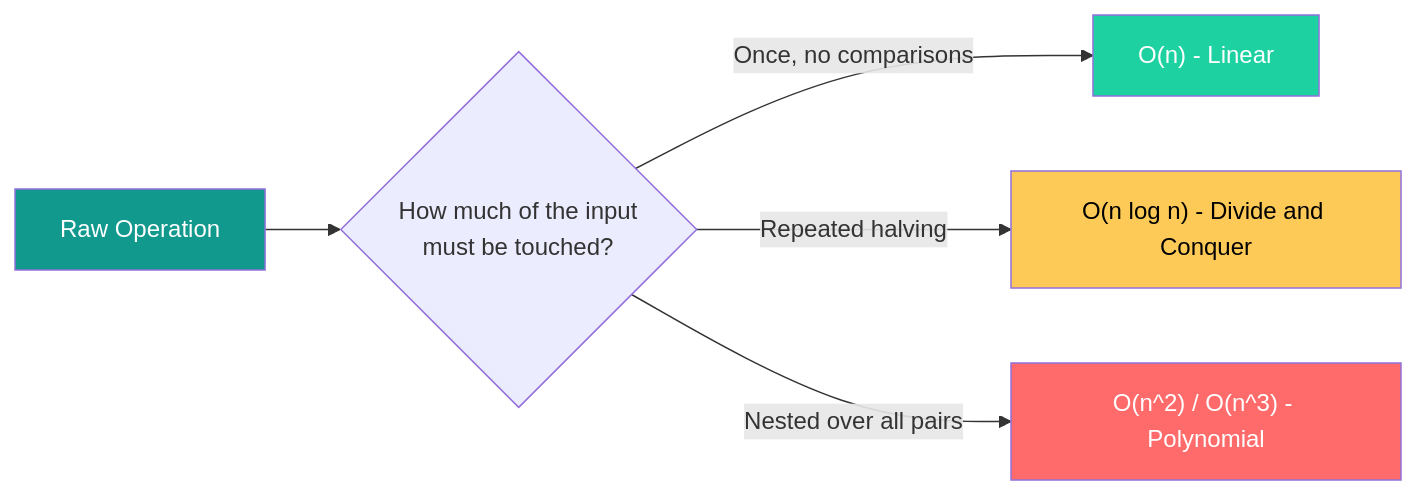
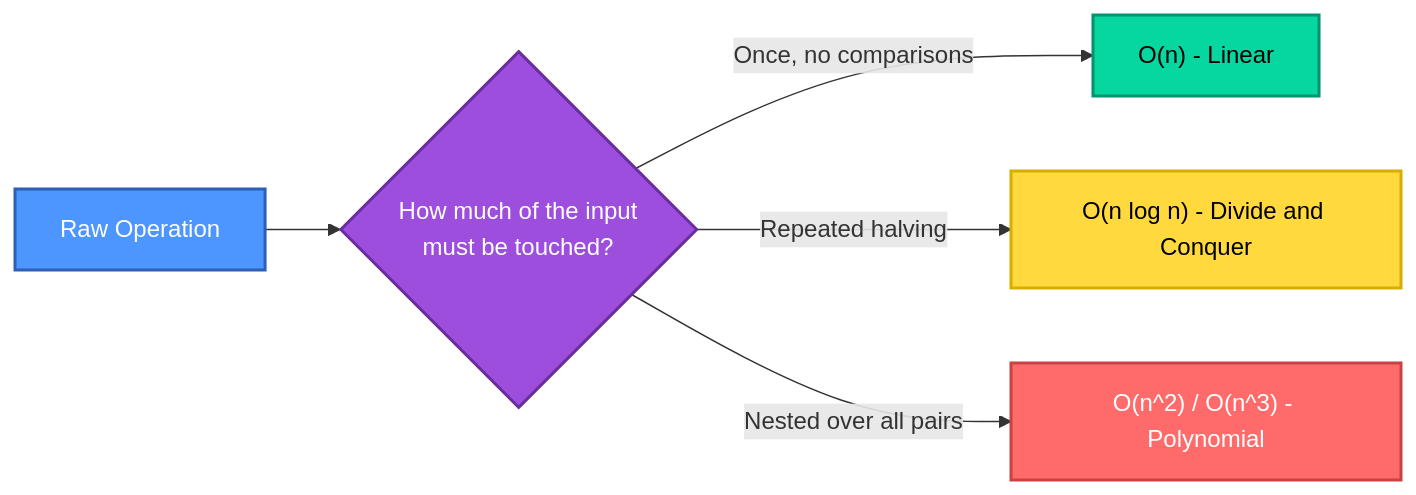
One commit to routsarthakkumar-byte/DAA-Lab changed the first of 9 diagrams in Lab-06/README.md. Above: the diagram before and after it, drawn with Mermaid. The commit also changed other lines of this file and 1 other file, not shown here.

````diff
--- a/Lab-06/README.md
+++ b/Lab-06/README.md
@@ -34,11 +34,12 @@
 ```mermaid
 flowchart LR
     A["Raw Operation"] --> B{"How much of the input<br/>must be touched?"}
     B -->|"Once, no comparisons"| C["O(n) - Linear"]
     B -->|"Repeated halving"| D["O(n log n) - Divide and Conquer"]
     B -->|"Nested over all pairs"| E["O(n^2) / O(n^3) - Polynomial"]
-    style A fill:#11998e,color:#fff
-    style C fill:#1dd1a1,color:#fff
-    style D fill:#feca57,color:#000
-    style E fill:#ff6b6b,color:#fff
+    style A fill:#4D96FF,color:#fff,stroke:#2c5fb8,stroke-width:2px
+    style B fill:#9D4EDD,color:#fff,stroke:#6a2ca0,stroke-width:2px
+    style C fill:#06D6A0,color:#000,stroke:#049270,stroke-width:2px
+    style D fill:#FFD93D,color:#000,stroke:#d9ad00,stroke-width:2px
+    style E fill:#FF6B6B,color:#fff,stroke:#c94242,stroke-width:2px
 ```
````
